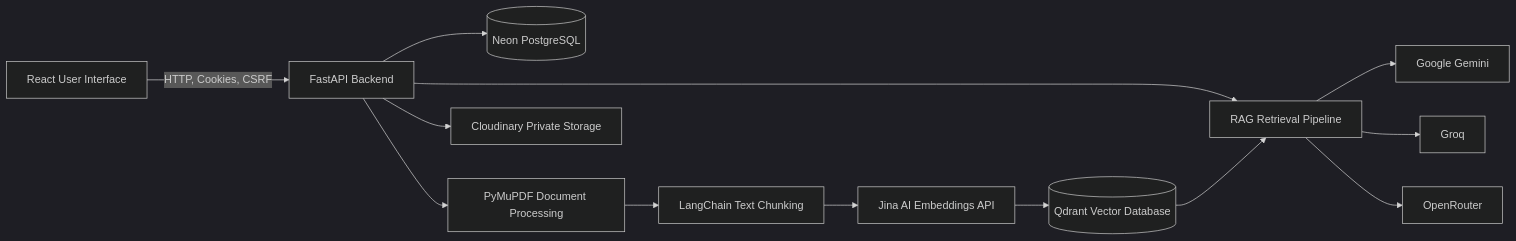
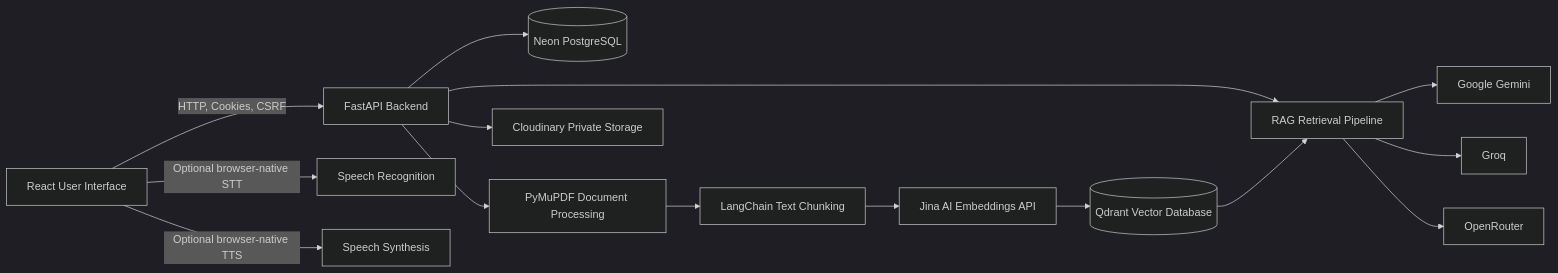
The diagram in README.md (anujkumar220103/ROBIN), drawn with Mermaid (dark theme) before and after one commit. The commit also changed other lines of this file and 2 other files, not shown here.

````diff
--- a/README.md
+++ b/README.md
@@ -85,15 +109,17 @@
 ```mermaid
 flowchart LR
     U[React User Interface] -->|HTTP, Cookies, CSRF| API[FastAPI Backend]
+    U -->|Optional browser-native STT| STT[Speech Recognition]
+    U -->|Optional browser-native TTS| TTS[Speech Synthesis]
     API --> DB[(Neon PostgreSQL)]
     API --> PDF[PyMuPDF Document Processing]
     PDF --> CHUNK[LangChain Text Chunking]
     CHUNK --> EMB[Jina AI Embeddings API]
     EMB --> VECTOR[(Qdrant Vector Database)]
     API --> RAG[RAG Retrieval Pipeline]
     VECTOR --> RAG
     RAG --> GEMINI[Google Gemini]
     RAG --> GROQ[Groq]
     RAG --> OPENROUTER[OpenRouter]
     API --> CLOUD[Cloudinary Private Storage]
 ```
````
